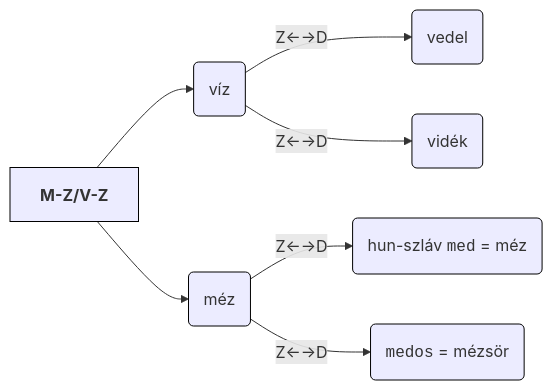
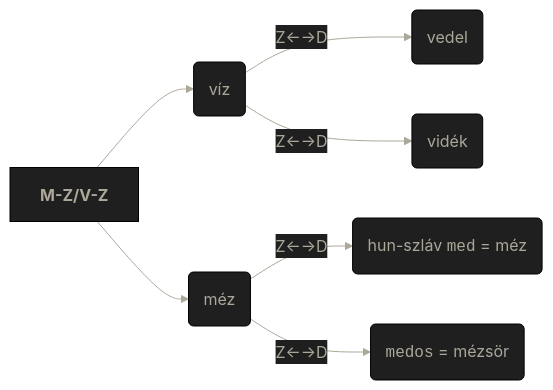
Before and after one commit to zanodor/TUDDASSTTARR: the diagram in src/site/notes/B/Balk.md, drawn with Mermaid.

````diff
--- a/src/site/notes/B/Balk.md
+++ b/src/site/notes/B/Balk.md
@@ -30,20 +30,33 @@
 ```mermaid
-
+%%{
+  init: {
+    'theme': 'base',
+    'themeVariables': {
+      'primaryColor': '#1f1f1f',
+      'primaryTextColor': '#ABA89A',
+      'primaryBorderColor': '#000000',
+      'lineColor': '#ABA89A',
+      'secondaryColor': '#1f1f1f',
+      'tertiaryColor': '#fff'
+    }
+  }
+}%%
 
 flowchart LR
 
 	head[<b>M-Z/V-Z</b>]
 	lvl2_a("víz")
 	lvl2_b("méz")
 	lvl3_a("vedel")
 	lvl3_b("vidék")
 	lvl3_c("hun-szláv <code>med</code> = méz")
 	lvl3_d("<code>medos</code> = mézsör")
 
 	head --> lvl2_a & lvl2_b
 	lvl2_a -- "Z←→D" -->  lvl3_a & lvl3_b
 	lvl2_b -- "Z←→D" -->  lvl3_c & lvl3_d
 
 	classDef fillStyle stroke:#000000,stroke-width:1px,stroke-dasharray: 0;
 	class head,lvl2_a,lvl2_b,lvl3_a,lvl3_b,lvl3_c,lvl3_d fillStyle;
+	class lvl2_a,lvl2_b,lvl3_a,lvl3_b internal-link;
 ```
````
